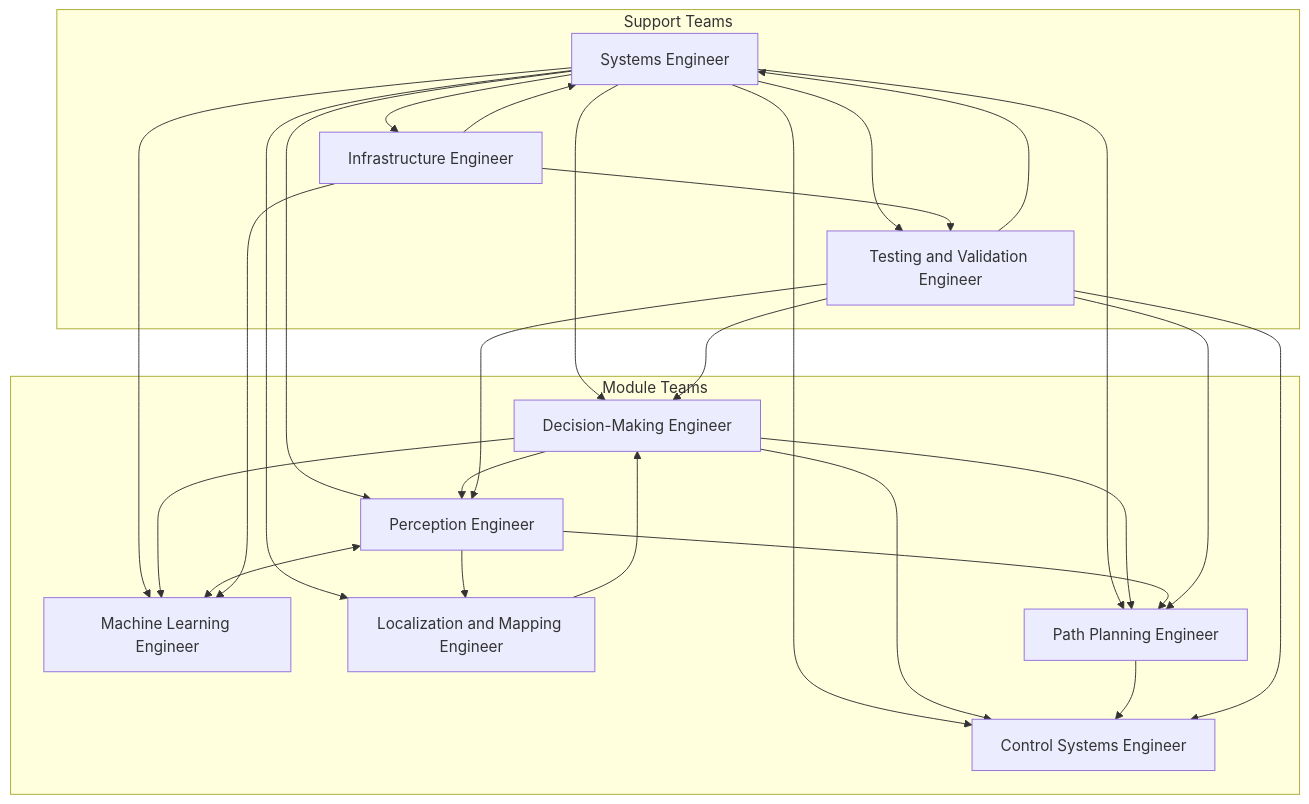
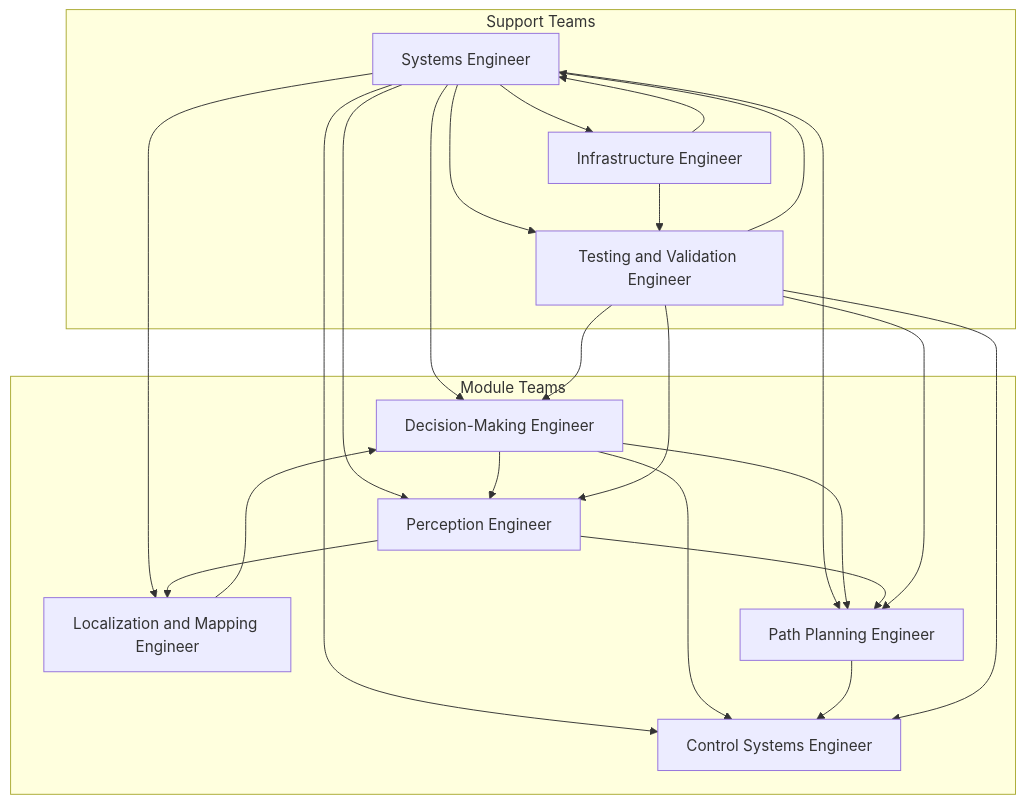
Before and after one commit to una-auxme/paf: the diagram in doc/08_dev_talks/paf24/student_roles24.md, drawn with Mermaid. The commit also changed other lines of this file, not shown here.

````diff
--- a/doc/08_dev_talks/paf24/student_roles24.md
+++ b/doc/08_dev_talks/paf24/student_roles24.md
@@ -81,50 +74,45 @@
 ```mermaid
 graph TD
     SE[Systems Engineer] --> DME[Decision-Making Engineer]
     SE --> PE[Perception Engineer]
-    SE --> MLE[Machine Learning Engineer]
     SE --> LME[Localization and Mapping Engineer]
     SE --> PPE[Path Planning Engineer]
     SE --> CSE[Control Systems Engineer]
     SE --> TVE[Testing and Validation Engineer]
     SE --> IE[Infrastructure Engineer]
     
     DME --> PE
     DME --> PPE
     DME --> CSE
-    DME --> MLE
-    
-    PE <--> MLE
+
     PE --> LME
     PE --> PPE
     
     PPE --> CSE
     
     TVE --> SE
     TVE --> DME
     TVE --> PE
     TVE --> PPE
     TVE --> CSE
     
     IE --> SE
     IE --> TVE
-    IE --> MLE
 
     LME --> DME
     
     subgraph Module Teams
         DME
         PE
-        MLE
         LME
         PPE
         CSE
     end
     
     subgraph Support Teams
         SE
         TVE
         IE
     end
 
 ```
````
